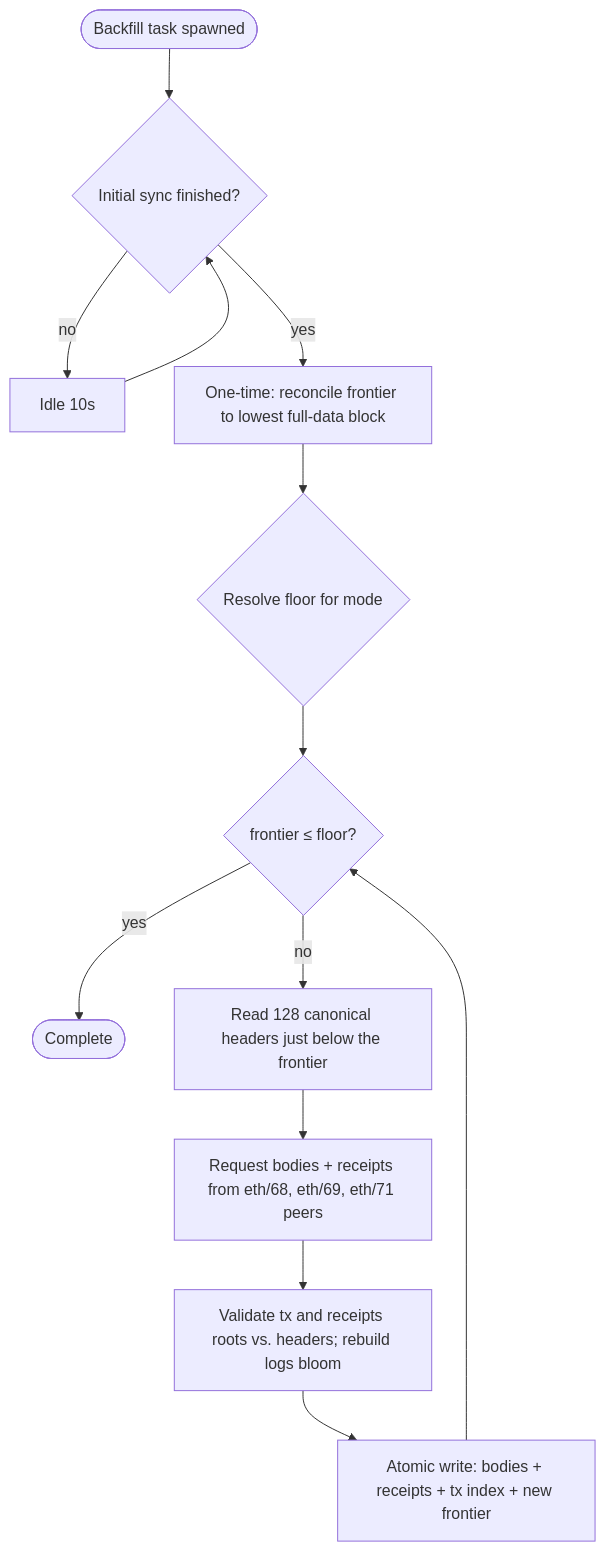
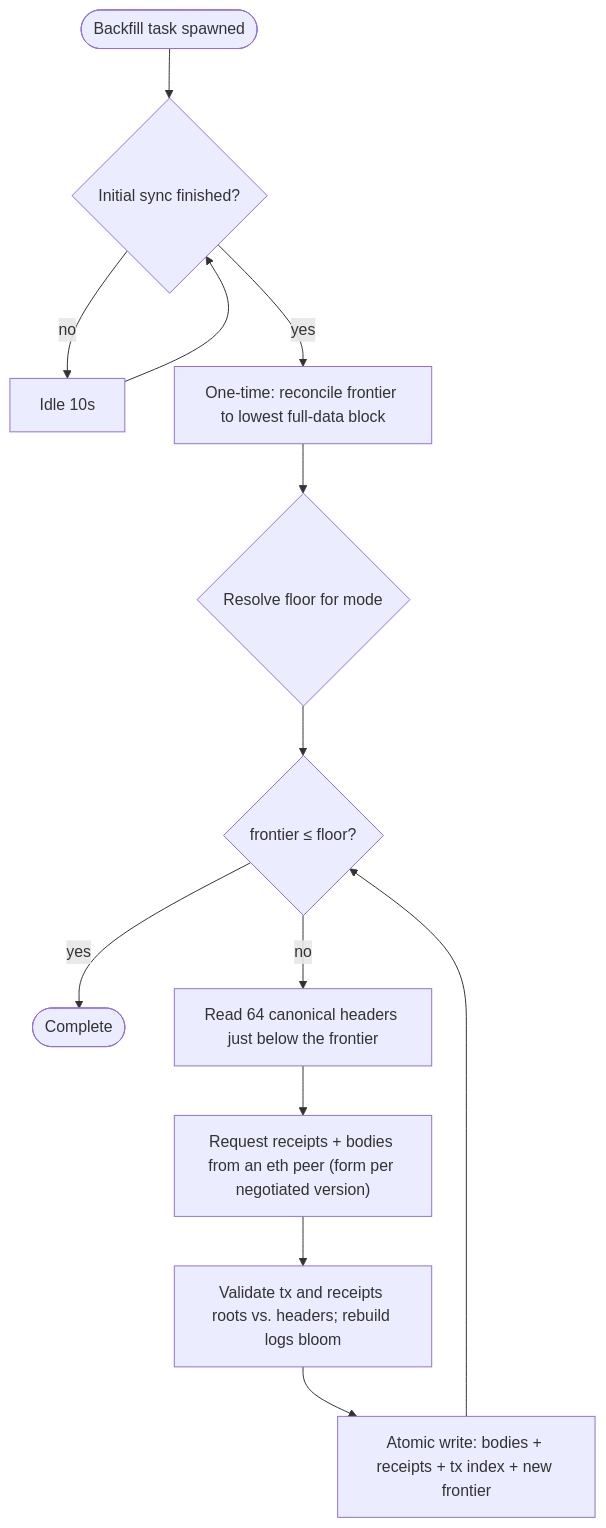
One commit to lambdaclass/ethrex changed the diagram in docs/l1/fundamentals/history_backfill.md. Above: the diagram before and after it, drawn with Mermaid. The commit also changed other lines of this file and 1 other file, not shown here.

````diff
--- a/docs/l1/fundamentals/history_backfill.md
+++ b/docs/l1/fundamentals/history_backfill.md
@@ -60,14 +107,14 @@
 ```mermaid
 flowchart TD
     spawned([Backfill task spawned]) --> gate{"Initial sync finished?"}
     gate -- no --> wait["Idle 10s"] --> gate
     gate -- yes --> reconcile["One-time: reconcile frontier to lowest full-data block"]
     reconcile --> floor{"Resolve floor for mode"}
     floor --> done0{"frontier ≤ floor?"}
     done0 -- yes --> complete([Complete])
-    done0 -- no --> read["Read 128 canonical headers just below the frontier"]
-    read --> fetch["Request bodies + receipts from eth/68, eth/69, eth/71 peers"]
+    done0 -- no --> read["Read 64 canonical headers just below the frontier"]
+    read --> fetch["Request receipts + bodies from an eth peer (form per negotiated version)"]
     fetch --> validate["Validate tx and receipts roots vs. headers; rebuild logs bloom"]
     validate --> commit["Atomic write: bodies + receipts + tx index + new frontier"]
     commit --> done0
 ```
````
